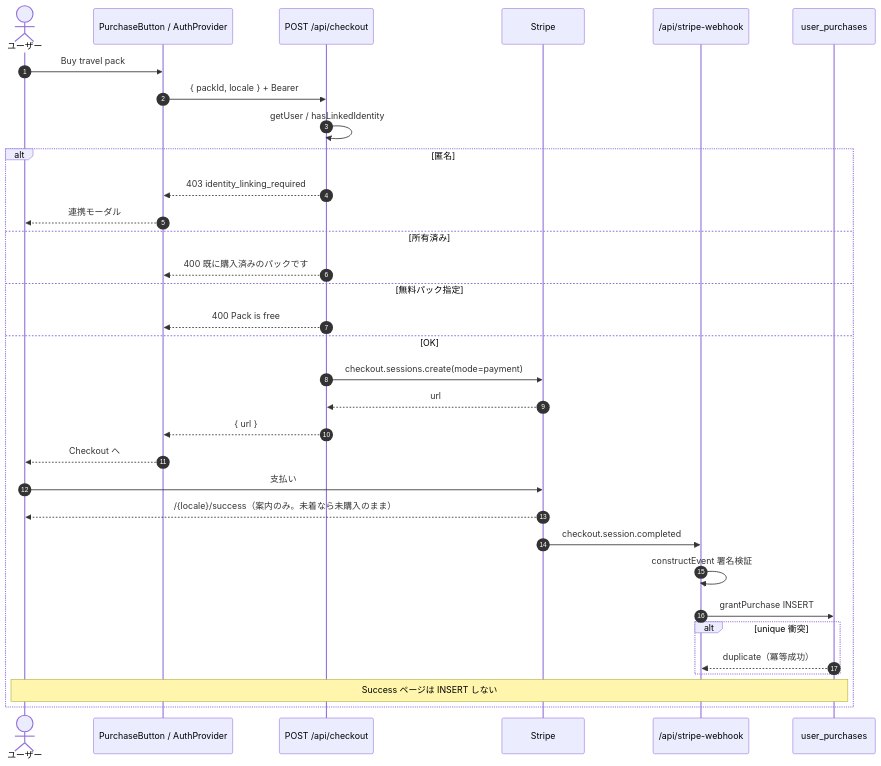
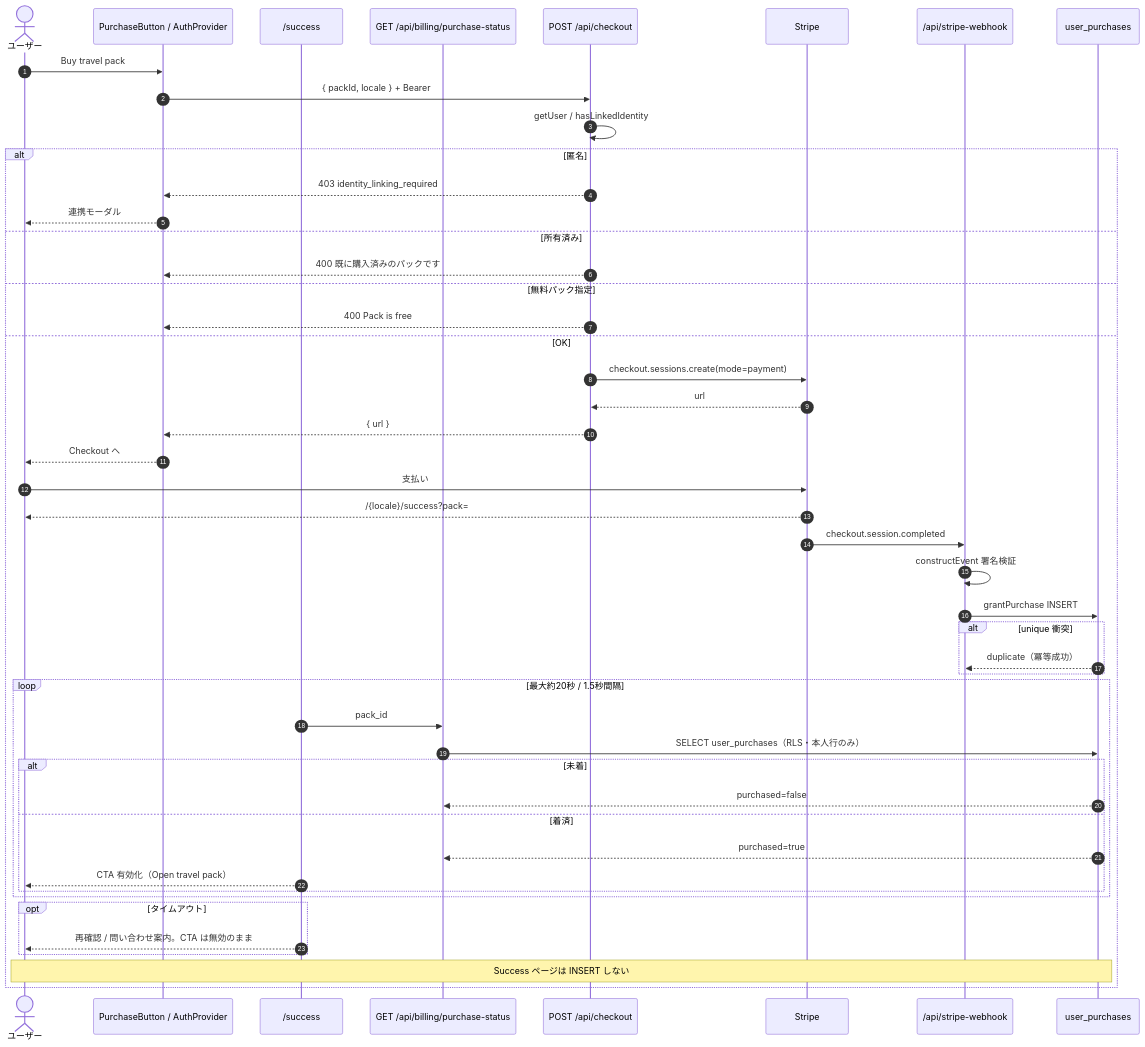
Before and after one commit to atosantasan/japanki: the seventh of 8 diagrams in docs/design/3_sequence_and_flow.md, drawn with Mermaid. The commit also changed other lines of this file and 23 other files, not shown here.

````diff
--- a/docs/design/3_sequence_and_flow.md
+++ b/docs/design/3_sequence_and_flow.md
@@ -246,36 +247,51 @@
 ```mermaid
 sequenceDiagram
     autonumber
     actor User as ユーザー
     participant UI as PurchaseButton / AuthProvider
+    participant Success as /success
+    participant Status as GET /api/billing/purchase-status
     participant API as POST /api/checkout
     participant Stripe as Stripe
     participant WH as /api/stripe-webhook
     participant Admin as user_purchases
 
     User->>UI: Buy travel pack
     UI->>API: { packId, locale } + Bearer
     API->>API: getUser / hasLinkedIdentity
     alt 匿名
         API-->>UI: 403 identity_linking_required
         UI-->>User: 連携モーダル
     else 所有済み
         API-->>UI: 400 既に購入済みのパックです
     else 無料パック指定
         API-->>UI: 400 Pack is free
     else OK
         API->>Stripe: checkout.sessions.create(mode=payment)
         Stripe-->>API: url
         API-->>UI: { url }
         UI-->>User: Checkout へ
         User->>Stripe: 支払い
-        Stripe-->>User: /{locale}/success（案内のみ。未着なら未購入のまま）
+        Stripe-->>User: /{locale}/success?pack=
         Stripe->>WH: checkout.session.completed
         WH->>WH: constructEvent 署名検証
         WH->>Admin: grantPurchase INSERT
         alt unique 衝突
             Admin-->>WH: duplicate（冪等成功）
         end
+        loop 最大約20秒 / 1.5秒間隔
+            Success->>Status: pack_id
+            Status->>Admin: SELECT user_purchases（RLS・本人行のみ）
+            alt 未着
+                Admin-->>Status: purchased=false
+            else 着済
+                Admin-->>Status: purchased=true
+                Success-->>User: CTA 有効化（Open travel pack）
+            end
+        end
+        opt タイムアウト
+            Success-->>User: 再確認 / 問い合わせ案内。CTA は無効のまま
+        end
         Note over User,Admin: Success ページは INSERT しない
     end
 ```
````
